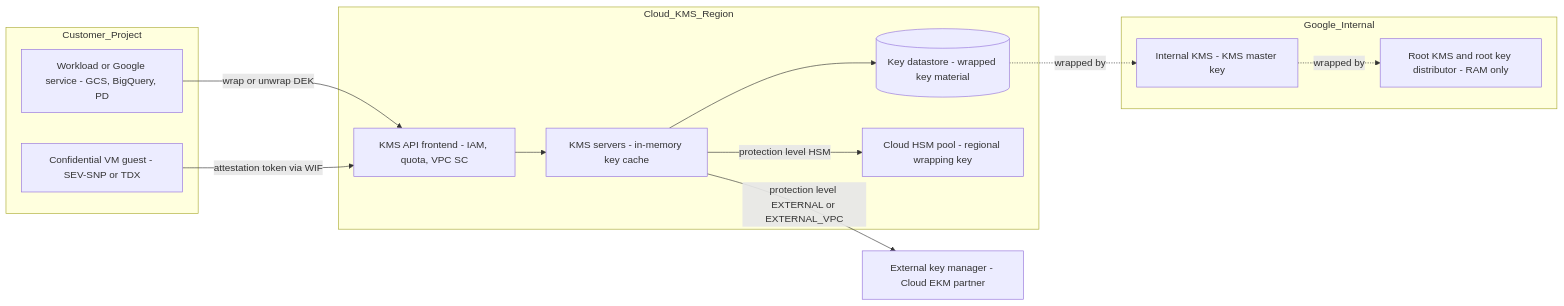
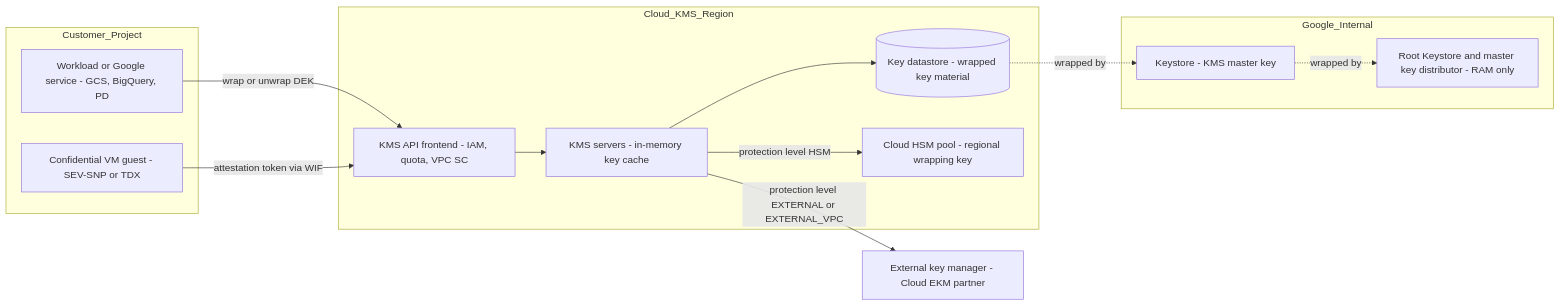
One commit to shreejitverma/SDE-Interview-Prep changed the diagram in 17-Cloud-AI-Engineering/Volume_03_GCP_Deep_Dive/Chapter_15_Security_and_Confidential_Computing_Cloud_KMS.md. Above: the diagram before and after it, drawn with Mermaid. The commit also changed other lines of this file and 143 other files, not shown here.

````diff
--- a/17-Cloud-AI-Engineering/Volume_03_GCP_Deep_Dive/Chapter_15_Security_and_Confidential_Computing_Cloud_KMS.md
+++ b/17-Cloud-AI-Engineering/Volume_03_GCP_Deep_Dive/Chapter_15_Security_and_Confidential_Computing_Cloud_KMS.md
@@ -35,26 +63,26 @@
 ```mermaid
 flowchart LR
   subgraph Customer_Project
     APP[Workload or Google service - GCS, BigQuery, PD]
     CVM[Confidential VM guest - SEV-SNP or TDX]
   end
   subgraph Cloud_KMS_Region
     FE[KMS API frontend - IAM, quota, VPC SC]
     KS[KMS servers - in-memory key cache]
     DS[(Key datastore - wrapped key material)]
     HSM[Cloud HSM pool - regional wrapping key]
   end
   subgraph Google_Internal
-    IKMS[Internal KMS - KMS master key]
-    ROOT[Root KMS and root key distributor - RAM only]
+    IKMS[Keystore - KMS master key]
+    ROOT[Root Keystore and master key distributor - RAM only]
   end
   EKM[External key manager - Cloud EKM partner]
   APP -- wrap or unwrap DEK --> FE
   CVM -- attestation token via WIF --> FE
   FE --> KS
   KS --> DS
   KS -- protection level HSM --> HSM
   KS -- protection level EXTERNAL or EXTERNAL_VPC --> EKM
   DS -. wrapped by .-> IKMS
   IKMS -. wrapped by .-> ROOT
 ```
````
